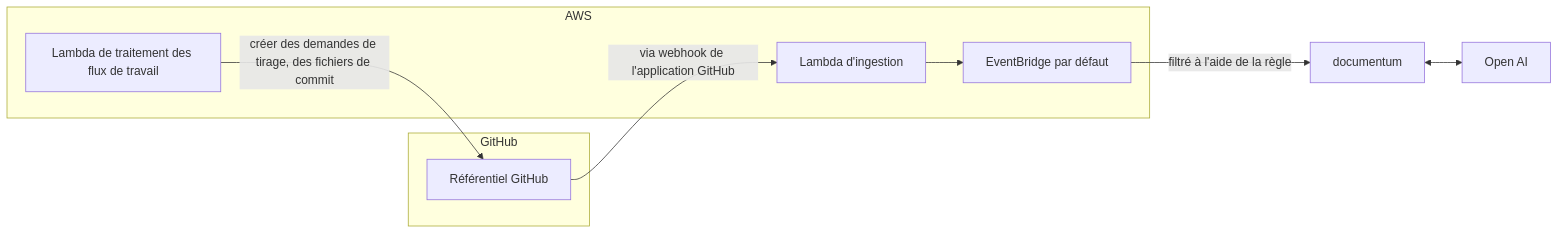
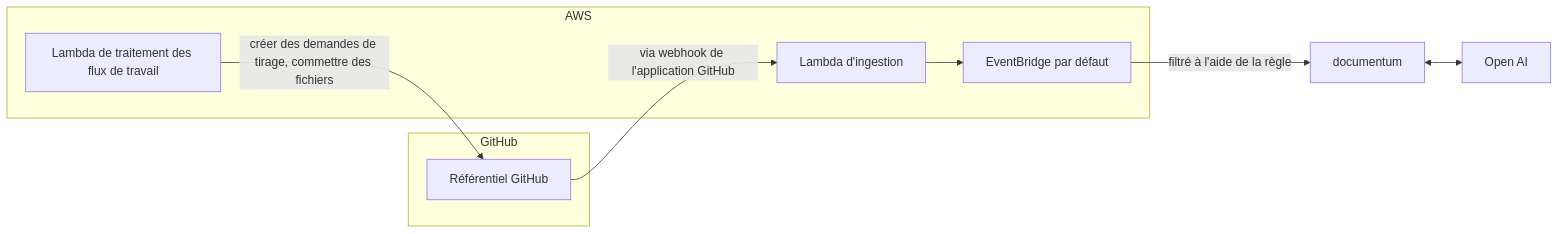
One commit to todoengineering/EvergreenDocs changed the diagram in README.fr.md. Above: the diagram before and after it, drawn with Mermaid. The commit also changed other lines of this file, not shown here.

````diff
--- a/README.fr.md
+++ b/README.fr.md
@@ -88,18 +88,18 @@
 ```mermaid
 graph LR
   subgraph GitHub
     githubRepo[Référentiel GitHub]
   end
 
   subgraph AWS
     ingest[Lambda d'ingestion]
     defaultEventBridge[EventBridge par défaut]
     workflowProcessor[Lambda de traitement des flux de travail]
   end
 
   openAi[Open AI]
 
 
   githubRepo -- via webhook de l'application GitHub --> ingest --> defaultEventBridge -- filtré à l'aide de la règle --> documentum <--> openAi
-  workflowProcessor -- créer des demandes de tirage, des fichiers de commit --> githubRepo
+  workflowProcessor -- créer des demandes de tirage, commettre des fichiers --> githubRepo
 ```
````
